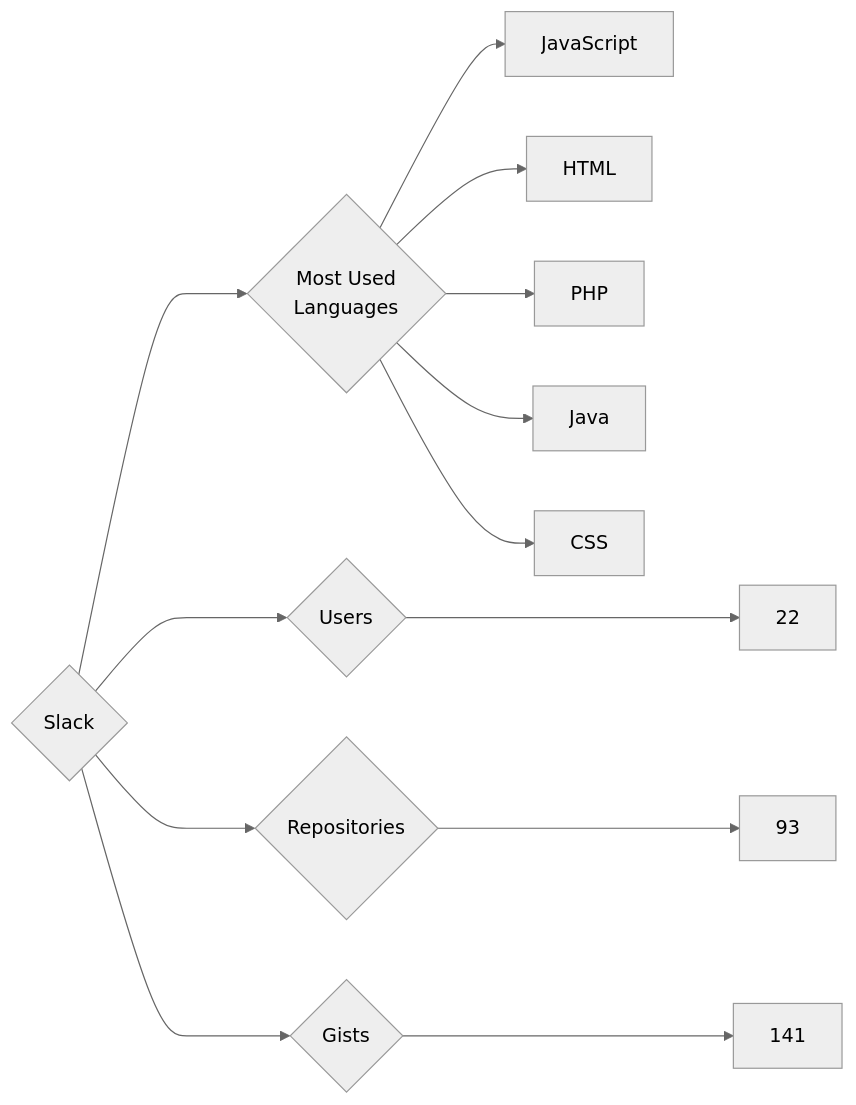
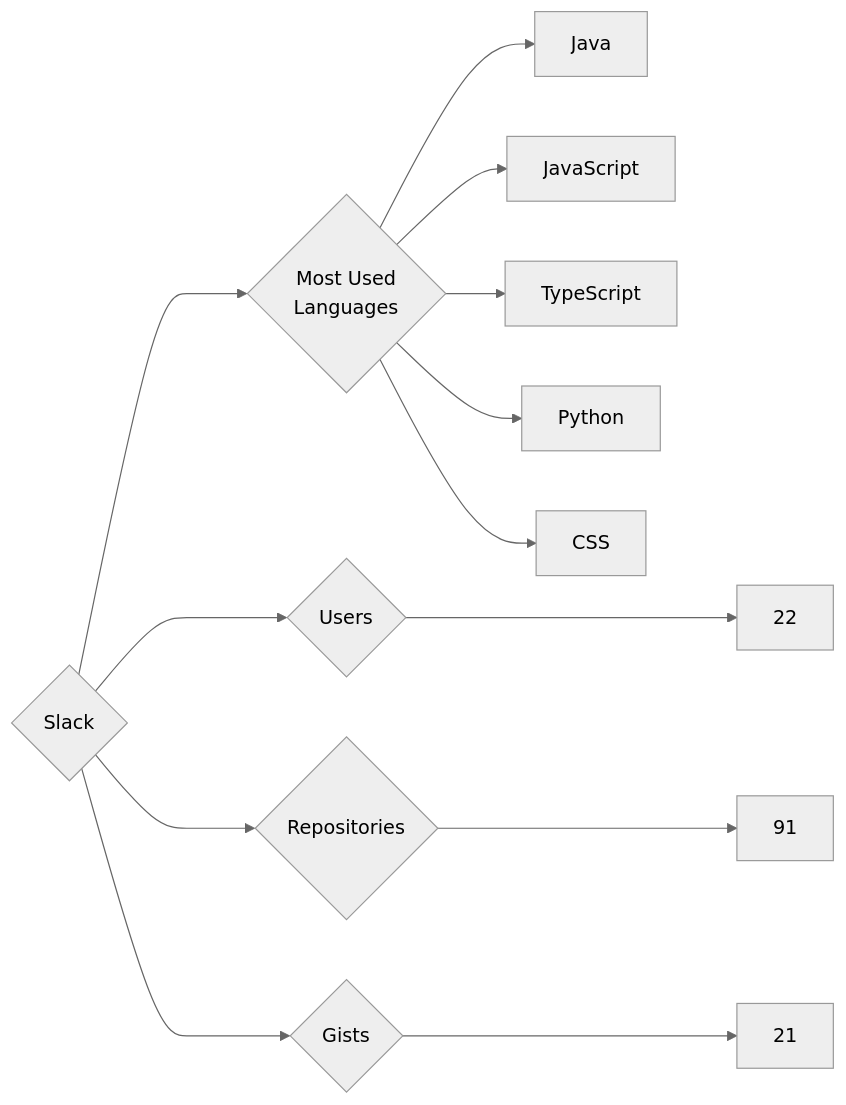
Before and after one commit to trickest/insiders: the diagram in targets/Slack/README.md, drawn with Mermaid (neutral theme). The commit also changed 940 other files, not shown here.

````diff
--- a/targets/Slack/README.md
+++ b/targets/Slack/README.md
@@ -3,13 +3,13 @@
 ```mermaid
 graph LR
 COMPANY_NAME{Slack}
 COMPANY_NAME ---> U{Users} ---> UN[22]
-COMPANY_NAME ---> R{Repositories} ---> RN[93]
-COMPANY_NAME ---> G{Gists} ---> GN[141]
+COMPANY_NAME ---> R{Repositories} ---> RN[91]
+COMPANY_NAME ---> G{Gists} ---> GN[21]
 COMPANY_NAME ---> ML{Most Used<br>Languages}
+ML --> Java[Java]
 ML --> JavaScript[JavaScript]
-ML --> HTML[HTML]
-ML --> PHP[PHP]
-ML --> Java[Java]
+ML --> TypeScript[TypeScript]
+ML --> Python[Python]
 ML --> CSS[CSS]
 ```
````
